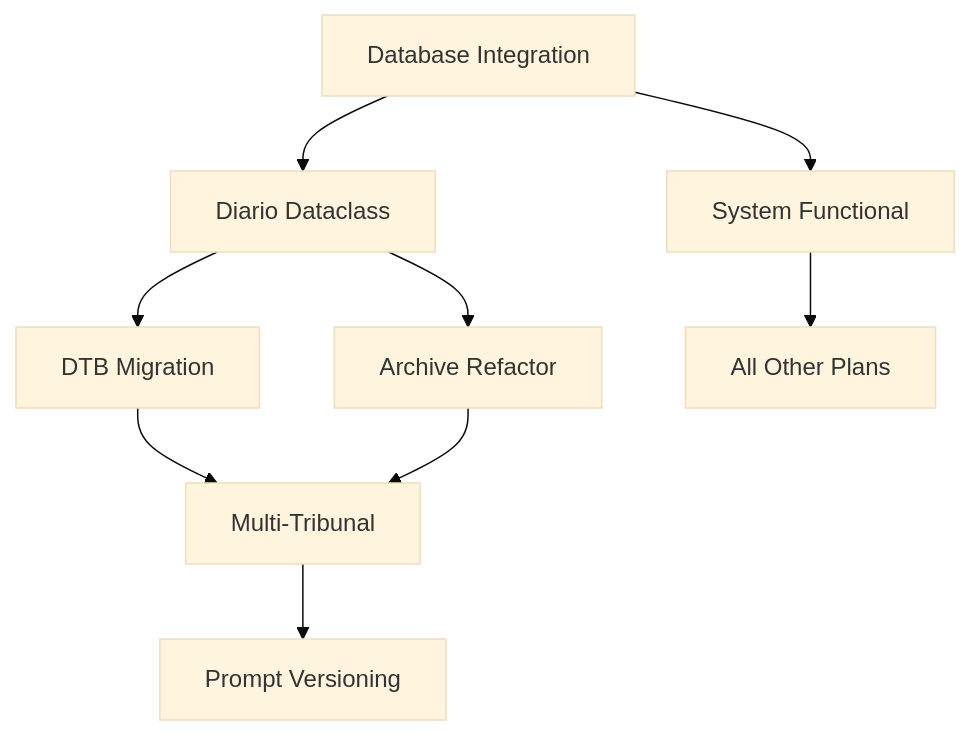
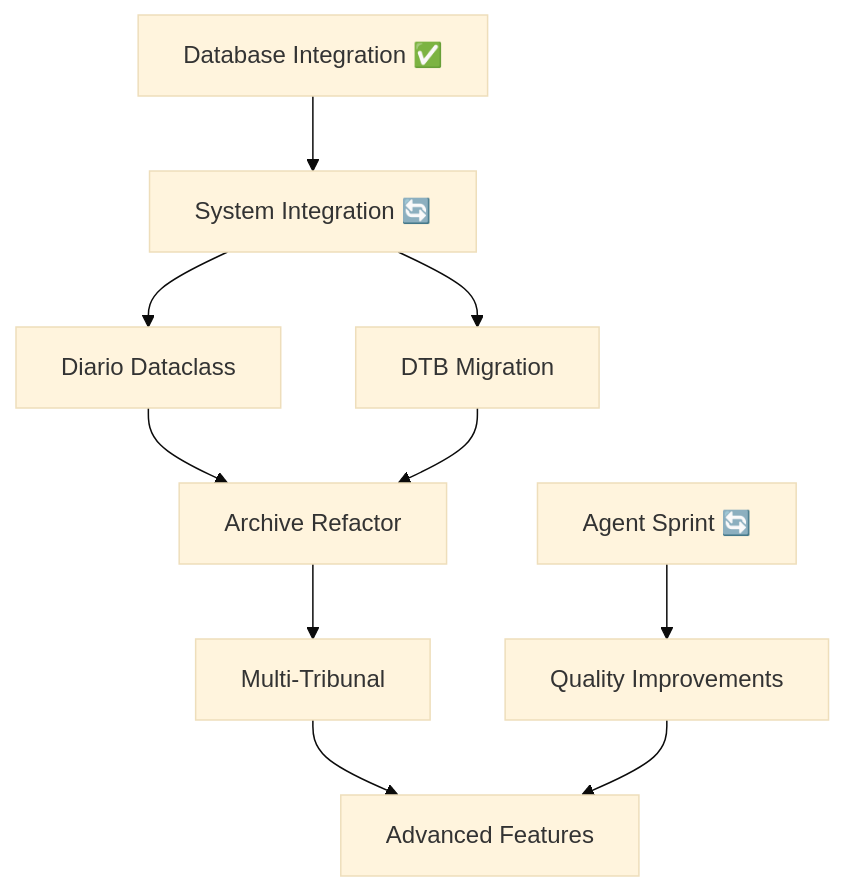
The diagram in docs/plans/MASTERPLAN.md (franklinbaldo/causaganha), drawn with Mermaid (base theme) before and after one commit. The commit also changed other lines of this file, not shown here.

````diff
--- a/docs/plans/MASTERPLAN.md
+++ b/docs/plans/MASTERPLAN.md
@@ -311,12 +104,13 @@
 ```mermaid
 graph TD
-    A[Database Integration] --> B[Diario Dataclass]
-    B --> C[DTB Migration]
-    B --> D[Archive Refactor]
-    C --> E[Multi-Tribunal]
+    A[Database Integration ✅] --> B[System Integration 🔄]
+    B --> C[Diario Dataclass]
+    B --> D[DTB Migration]
+    C --> E[Archive Refactor]
     D --> E
-    E --> F[Prompt Versioning]
+    E --> F[Multi-Tribunal]
+    F --> G[Advanced Features]
     
-    A --> G[System Functional]
-    G --> H[All Other Plans]
+    H[Agent Sprint 🔄] --> I[Quality Improvements]
+    I --> G
 ```
````
